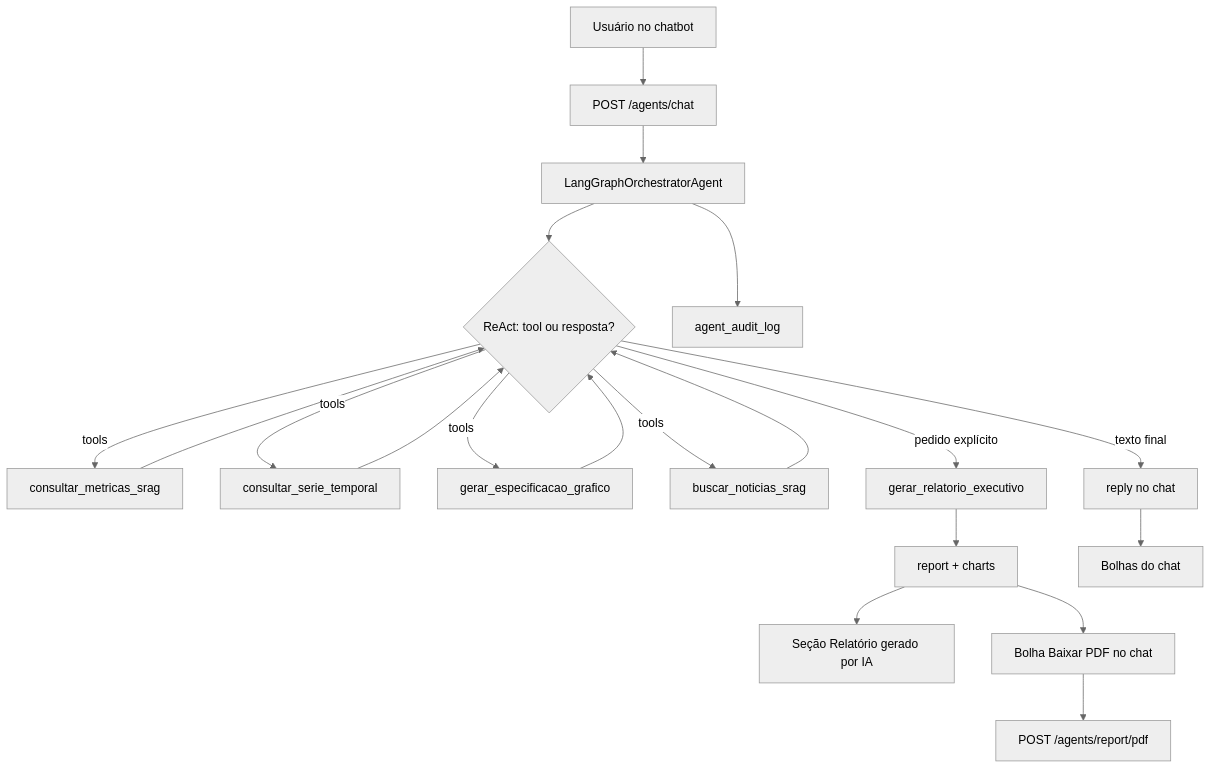
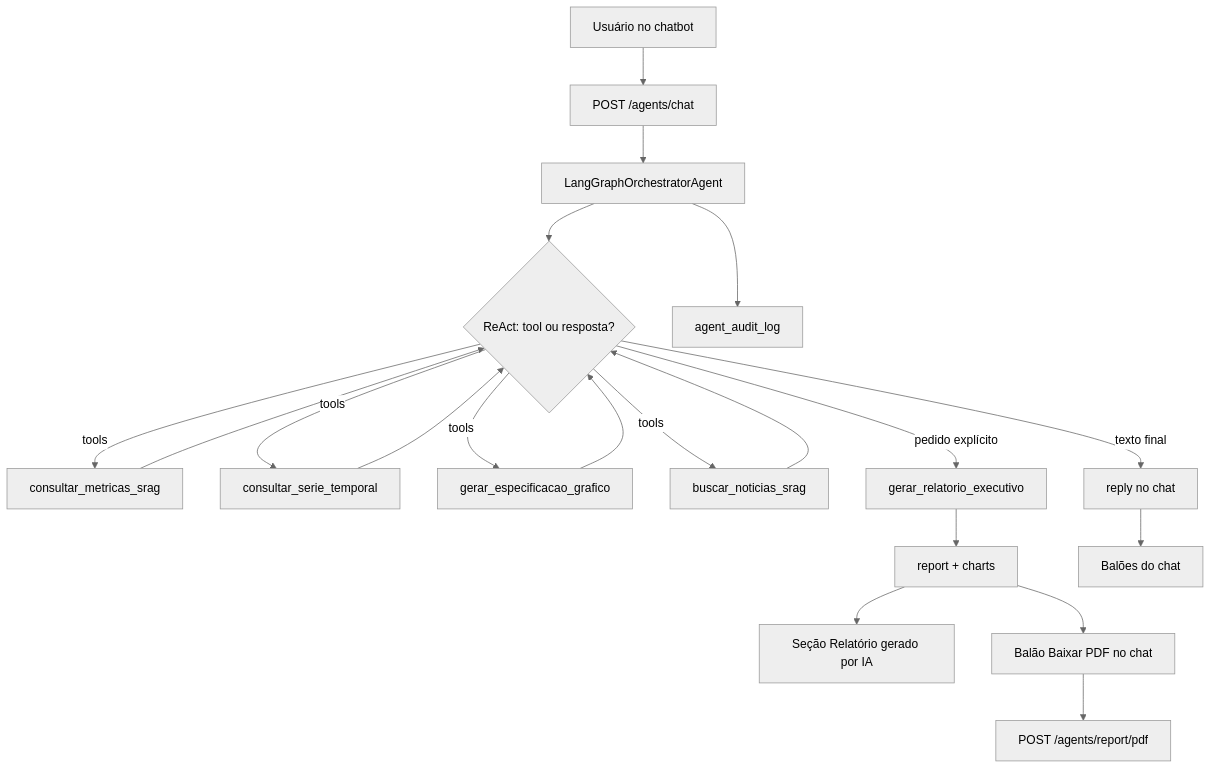
One commit to johnwsl/srag-data-health-agent-monitor changed the diagram in docs/agente_orquestrador.md. Above: the diagram before and after it, drawn with Mermaid (neutral theme). The commit also changed other lines of this file and 6 other files, not shown here.

````diff
--- a/docs/agente_orquestrador.md
+++ b/docs/agente_orquestrador.md
@@ -84,22 +84,22 @@
 ```mermaid
 flowchart TD
     U[Usuário no chatbot] --> API[POST /agents/chat]
     API --> O[LangGraphOrchestratorAgent]
     O --> LG{ReAct: tool ou resposta?}
     LG -->|tools| T1[consultar_metricas_srag]
     LG -->|tools| T2[consultar_serie_temporal]
     LG -->|tools| T3[gerar_especificacao_grafico]
     LG -->|tools| T4[buscar_noticias_srag]
     LG -->|pedido explícito| T5[gerar_relatorio_executivo]
     T1 --> LG
     T2 --> LG
     T3 --> LG
     T4 --> LG
     T5 --> R[report + charts]
     LG -->|texto final| C[reply no chat]
     O --> A[agent_audit_log]
     R --> UI[Seção Relatório gerado por IA]
-    R --> PDFBubble[Bolha Baixar PDF no chat]
+    R --> PDFBubble[Balão Baixar PDF no chat]
     PDFBubble --> PDF[POST /agents/report/pdf]
-    C --> UI2[Bolhas do chat]
+    C --> UI2[Balões do chat]
 ```
````
